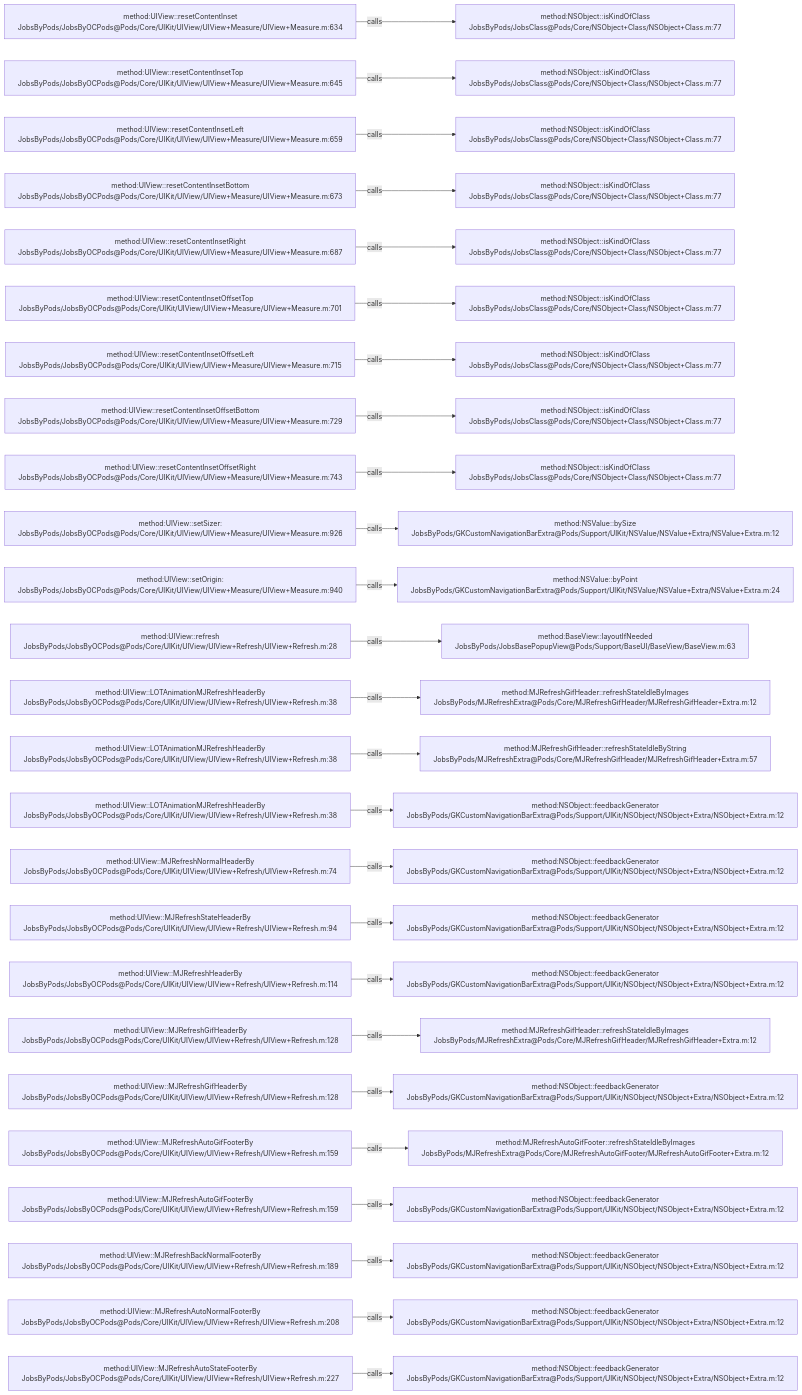
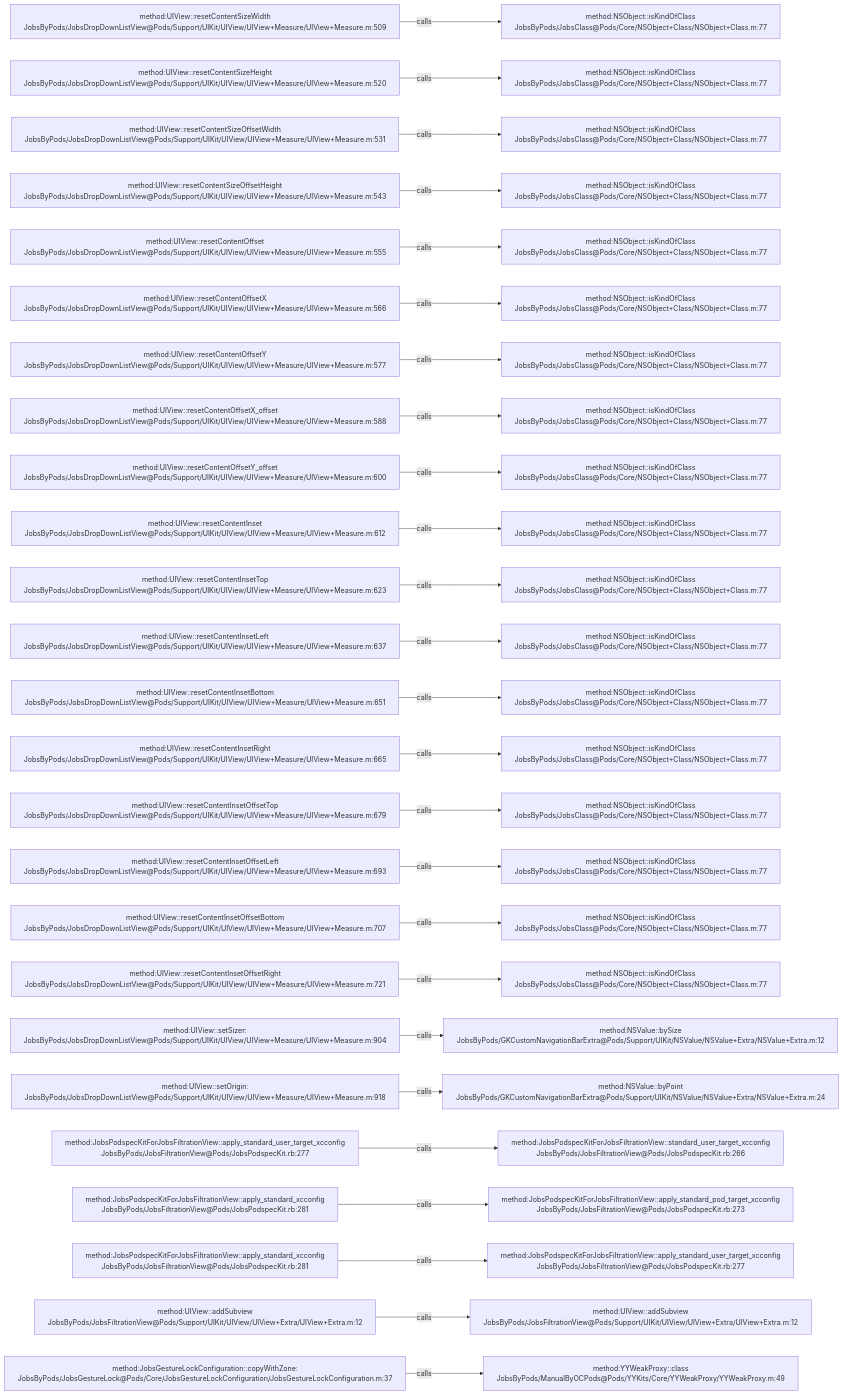
One commit to JobsKits/JobsOCBaseConfigDemo changed the diagram in .codegraph/codegraph.md/graphs/calls-066.md. Above: the diagram before and after it, drawn with Mermaid. The commit also changed 573 other files, not shown here.

````diff
--- a/.codegraph/codegraph.md/graphs/calls-066.md
+++ b/.codegraph/codegraph.md/graphs/calls-066.md
@@ -13,78 +13,78 @@
 ```mermaid
 flowchart LR
-  S1["method:UIView::resetContentInset<br/>JobsByPods/JobsByOCPods@Pods/Core/UIKit/UIView/UIView+Measure/UIView+Measure.m:634"]
+  S1["method:UIView::resetContentSizeWidth<br/>JobsByPods/JobsDropDownListView@Pods/Support/UIKit/UIView/UIView+Measure/UIView+Measure.m:509"]
   T1["method:NSObject::isKindOfClass<br/>JobsByPods/JobsClass@Pods/Core/NSObject+Class/NSObject+Class.m:77"]
   S1 -->|calls| T1
-  S2["method:UIView::resetContentInsetTop<br/>JobsByPods/JobsByOCPods@Pods/Core/UIKit/UIView/UIView+Measure/UIView+Measure.m:645"]
+  S2["method:UIView::resetContentSizeHeight<br/>JobsByPods/JobsDropDownListView@Pods/Support/UIKit/UIView/UIView+Measure/UIView+Measure.m:520"]
   T2["method:NSObject::isKindOfClass<br/>JobsByPods/JobsClass@Pods/Core/NSObject+Class/NSObject+Class.m:77"]
   S2 -->|calls| T2
-  S3["method:UIView::resetContentInsetLeft<br/>JobsByPods/JobsByOCPods@Pods/Core/UIKit/UIView/UIView+Measure/UIView+Measure.m:659"]
+  S3["method:UIView::resetContentSizeOffsetWidth<br/>JobsByPods/JobsDropDownListView@Pods/Support/UIKit/UIView/UIView+Measure/UIView+Measure.m:531"]
   T3["method:NSObject::isKindOfClass<br/>JobsByPods/JobsClass@Pods/Core/NSObject+Class/NSObject+Class.m:77"]
   S3 -->|calls| T3
-  S4["method:UIView::resetContentInsetBottom<br/>JobsByPods/JobsByOCPods@Pods/Core/UIKit/UIView/UIView+Measure/UIView+Measure.m:673"]
+  S4["method:UIView::resetContentSizeOffsetHeight<br/>JobsByPods/JobsDropDownListView@Pods/Support/UIKit/UIView/UIView+Measure/UIView+Measure.m:543"]
   T4["method:NSObject::isKindOfClass<br/>JobsByPods/JobsClass@Pods/Core/NSObject+Class/NSObject+Class.m:77"]
   S4 -->|calls| T4
-  S5["method:UIView::resetContentInsetRight<br/>JobsByPods/JobsByOCPods@Pods/Core/UIKit/UIView/UIView+Measure/UIView+Measure.m:687"]
+  S5["method:UIView::resetContentOffset<br/>JobsByPods/JobsDropDownListView@Pods/Support/UIKit/UIView/UIView+Measure/UIView+Measure.m:555"]
   T5["method:NSObject::isKindOfClass<br/>JobsByPods/JobsClass@Pods/Core/NSObject+Class/NSObject+Class.m:77"]
   S5 -->|calls| T5
-  S6["method:UIView::resetContentInsetOffsetTop<br/>JobsByPods/JobsByOCPods@Pods/Core/UIKit/UIView/UIView+Measure/UIView+Measure.m:701"]
+  S6["method:UIView::resetContentOffsetX<br/>JobsByPods/JobsDropDownListView@Pods/Support/UIKit/UIView/UIView+Measure/UIView+Measure.m:566"]
   T6["method:NSObject::isKindOfClass<br/>JobsByPods/JobsClass@Pods/Core/NSObject+Class/NSObject+Class.m:77"]
   S6 -->|calls| T6
-  S7["method:UIView::resetContentInsetOffsetLeft<br/>JobsByPods/JobsByOCPods@Pods/Core/UIKit/UIView/UIView+Measure/UIView+Measure.m:715"]
+  S7["method:UIView::resetContentOffsetY<br/>JobsByPods/JobsDropDownListView@Pods/Support/UIKit/UIView/UIView+Measure/UIView+Measure.m:577"]
   T7["method:NSObject::isKindOfClass<br/>JobsByPods/JobsClass@Pods/Core/NSObject+Class/NSObject+Class.m:77"]
   S7 -->|calls| T7
-  S8["method:UIView::resetContentInsetOffsetBottom<br/>JobsByPods/JobsByOCPods@Pods/Core/UIKit/UIView/UIView+Measure/UIView+Measure.m:729"]
+  S8["method:UIView::resetContentOffsetX_offset<br/>JobsByPods/JobsDropDownListView@Pods/Support/UIKit/UIView/UIView+Measure/UIView+Measure.m:588"]
   T8["method:NSObject::isKindOfClass<br/>JobsByPods/JobsClass@Pods/Core/NSObject+Class/NSObject+Class.m:77"]
   S8 -->|calls| T8
-  S9["method:UIView::resetContentInsetOffsetRight<br/>JobsByPods/JobsByOCPods@Pods/Core/UIKit/UIView/UIView+Measure/UIView+Measure.m:743"]
+  S9["method:UIView::resetContentOffsetY_offset<br/>JobsByPods/JobsDropDownListView@Pods/Support/UIKit/UIView/UIView+Measure/UIView+Measure.m:600"]
   T9["method:NSObject::isKindOfClass<br/>JobsByPods/JobsClass@Pods/Core/NSObject+Class/NSObject+Class.m:77"]
   S9 -->|calls| T9
-  S10["method:UIView::setSizer:<br/>JobsByPods/JobsByOCPods@Pods/Core/UIKit/UIView/UIView+Measure/UIView+Measure.m:926"]
-  T10["method:NSValue::bySize<br/>JobsByPods/GKCustomNavigationBarExtra@Pods/Support/UIKit/NSValue/NSValue+Extra/NSValue+Extra.m:12"]
+  S10["method:UIView::resetContentInset<br/>JobsByPods/JobsDropDownListView@Pods/Support/UIKit/UIView/UIView+Measure/UIView+Measure.m:612"]
+  T10["method:NSObject::isKindOfClass<br/>JobsByPods/JobsClass@Pods/Core/NSObject+Class/NSObject+Class.m:77"]
   S10 -->|calls| T10
-  S11["method:UIView::setOrigin:<br/>JobsByPods/JobsByOCPods@Pods/Core/UIKit/UIView/UIView+Measure/UIView+Measure.m:940"]
-  T11["method:NSValue::byPoint<br/>JobsByPods/GKCustomNavigationBarExtra@Pods/Support/UIKit/NSValue/NSValue+Extra/NSValue+Extra.m:24"]
+  S11["method:UIView::resetContentInsetTop<br/>JobsByPods/JobsDropDownListView@Pods/Support/UIKit/UIView/UIView+Measure/UIView+Measure.m:623"]
+  T11["method:NSObject::isKindOfClass<br/>JobsByPods/JobsClass@Pods/Core/NSObject+Class/NSObject+Class.m:77"]
   S11 -->|calls| T11
-  S12["method:UIView::refresh<br/>JobsByPods/JobsByOCPods@Pods/Core/UIKit/UIView/UIView+Refresh/UIView+Refresh.m:28"]
-  T12["method:BaseView::layoutIfNeeded<br/>JobsByPods/JobsBasePopupView@Pods/Support/BaseUI/BaseView/BaseView.m:63"]
+  S12["method:UIView::resetContentInsetLeft<br/>JobsByPods/JobsDropDownListView@Pods/Support/UIKit/UIView/UIView+Measure/UIView+Measure.m:637"]
+  T12["method:NSObject::isKindOfClass<br/>JobsByPods/JobsClass@Pods/Core/NSObject+Class/NSObject+Class.m:77"]
   S12 -->|calls| T12
-  S13["method:UIView::LOTAnimationMJRefreshHeaderBy<br/>JobsByPods/JobsByOCPods@Pods/Core/UIKit/UIView/UIView+Refresh/UIView+Refresh.m:38"]
-  T13["method:MJRefreshGifHeader::refreshStateIdleByImages<br/>JobsByPods/MJRefreshExtra@Pods/Core/MJRefreshGifHeader/MJRefreshGifHeader+Extra.m:12"]
+  S13["method:UIView::resetContentInsetBottom<br/>JobsByPods/JobsDropDownListView@Pods/Support/UIKit/UIView/UIView+Measure/UIView+Measure.m:651"]
+  T13["method:NSObject::isKindOfClass<br/>JobsByPods/JobsClass@Pods/Core/NSObject+Class/NSObject+Class.m:77"]
   S13 -->|calls| T13
-  S14["method:UIView::LOTAnimationMJRefreshHeaderBy<br/>JobsByPods/JobsByOCPods@Pods/Core/UIKit/UIView/UIView+Refresh/UIView+Refresh.m:38"]
-  T14["method:MJRefreshGifHeader::refreshStateIdleByString<br/>JobsByPods/MJRefreshExtra@Pods/Core/MJRefreshGifHeader/MJRefreshGifHeader+Extra.m:57"]
+  S14["method:UIView::resetContentInsetRight<br/>JobsByPods/JobsDropDownListView@Pods/Support/UIKit/UIView/UIView+Measure/UIView+Measure.m:665"]
+  T14["method:NSObject::isKindOfClass<br/>JobsByPods/JobsClass@Pods/Core/NSObject+Class/NSObject+Class.m:77"]
   S14 -->|calls| T14
-  S15["method:UIView::LOTAnimationMJRefreshHeaderBy<br/>JobsByPods/JobsByOCPods@Pods/Core/UIKit/UIView/UIView+Refresh/UIView+Refresh.m:38"]
-  T15["method:NSObject::feedbackGenerator<br/>JobsByPods/GKCustomNavigationBarExtra@Pods/Support/UIKit/NSObject/NSObject+Extra/NSObject+Extra.m:12"]
+  S15["method:UIView::resetContentInsetOffsetTop<br/>JobsByPods/JobsDropDownListView@Pods/Support/UIKit/UIView/UIView+Measure/UIView+Measure.m:679"]
+  T15["method:NSObject::isKindOfClass<br/>JobsByPods/JobsClass@Pods/Core/NSObject+Class/NSObject+Class.m:77"]
   S15 -->|calls| T15
-  S16["method:UIView::MJRefreshNormalHeaderBy<br/>JobsByPods/JobsByOCPods@Pods/Core/UIKit/UIView/UIView+Refresh/UIView+Refresh.m:74"]
-  T16["method:NSObject::feedbackGenerator<br/>JobsByPods/GKCustomNavigationBarExtra@Pods/Support/UIKit/NSObject/NSObject+Extra/NSObject+Extra.m:12"]
+  S16["method:UIView::resetContentInsetOffsetLeft<br/>JobsByPods/JobsDropDownListView@Pods/Support/UIKit/UIView/UIView+Measure/UIView+Measure.m:693"]
+  T16["method:NSObject::isKindOfClass<br/>JobsByPods/JobsClass@Pods/Core/NSObject+Class/NSObject+Class.m:77"]
   S16 -->|calls| T16
-  S17["method:UIView::MJRefreshStateHeaderBy<br/>JobsByPods/JobsByOCPods@Pods/Core/UIKit/UIView/UIView+Refresh/UIView+Refresh.m:94"]
-  T17["method:NSObject::feedbackGenerator<br/>JobsByPods/GKCustomNavigationBarExtra@Pods/Support/UIKit/NSObject/NSObject+Extra/NSObject+Extra.m:12"]
+  S17["method:UIView::resetContentInsetOffsetBottom<br/>JobsByPods/JobsDropDownListView@Pods/Support/UIKit/UIView/UIView+Measure/UIView+Measure.m:707"]
+  T17["method:NSObject::isKindOfClass<br/>JobsByPods/JobsClass@Pods/Core/NSObject+Class/NSObject+Class.m:77"]
   S17 -->|calls| T17
-  S18["method:UIView::MJRefreshHeaderBy<br/>JobsByPods/JobsByOCPods@Pods/Core/UIKit/UIView/UIView+Refresh/UIView+Refresh.m:114"]
-  T18["method:NSObject::feedbackGenerator<br/>JobsByPods/GKCustomNavigationBarExtra@Pods/Support/UIKit/NSObject/NSObject+Extra/NSObject+Extra.m:12"]
+  S18["method:UIView::resetContentInsetOffsetRight<br/>JobsByPods/JobsDropDownListView@Pods/Support/UIKit/UIView/UIView+Measure/UIView+Measure.m:721"]
+  T18["method:NSObject::isKindOfClass<br/>JobsByPods/JobsClass@Pods/Core/NSObject+Class/NSObject+Class.m:77"]
   S18 -->|calls| T18
-  S19["method:UIView::MJRefreshGifHeaderBy<br/>JobsByPods/JobsByOCPods@Pods/Core/UIKit/UIView/UIView+Refresh/UIView+Refresh.m:128"]
-  T19["method:MJRefreshGifHeader::refreshStateIdleByImages<br/>JobsByPods/MJRefreshExtra@Pods/Core/MJRefreshGifHeader/MJRefreshGifHeader+Extra.m:12"]
+  S19["method:UIView::setSizer:<br/>JobsByPods/JobsDropDownListView@Pods/Support/UIKit/UIView/UIView+Measure/UIView+Measure.m:904"]
+  T19["method:NSValue::bySize<br/>JobsByPods/GKCustomNavigationBarExtra@Pods/Support/UIKit/NSValue/NSValue+Extra/NSValue+Extra.m:12"]
   S19 -->|calls| T19
-  S20["method:UIView::MJRefreshGifHeaderBy<br/>JobsByPods/JobsByOCPods@Pods/Core/UIKit/UIView/UIView+Refresh/UIView+Refresh.m:128"]
-  T20["method:NSObject::feedbackGenerator<br/>JobsByPods/GKCustomNavigationBarExtra@Pods/Support/UIKit/NSObject/NSObject+Extra/NSObject+Extra.m:12"]
+  S20["method:UIView::setOrigin:<br/>JobsByPods/JobsDropDownListView@Pods/Support/UIKit/UIView/UIView+Measure/UIView+Measure.m:918"]
+  T20["method:NSValue::byPoint<br/>JobsByPods/GKCustomNavigationBarExtra@Pods/Support/UIKit/NSValue/NSValue+Extra/NSValue+Extra.m:24"]
   S20 -->|calls| T20
-  S21["method:UIView::MJRefreshAutoGifFooterBy<br/>JobsByPods/JobsByOCPods@Pods/Core/UIKit/UIView/UIView+Refresh/UIView+Refresh.m:159"]
-  T21["method:MJRefreshAutoGifFooter::refreshStateIdleByImages<br/>JobsByPods/MJRefreshExtra@Pods/Core/MJRefreshAutoGifFooter/MJRefreshAutoGifFooter+Extra.m:12"]
+  S21["method:JobsPodspecKitForJobsFiltrationView::apply_standard_user_target_xcconfig<br/>JobsByPods/JobsFiltrationView@Pods/JobsPodspecKit.rb:277"]
+  T21["method:JobsPodspecKitForJobsFiltrationView::standard_user_target_xcconfig<br/>JobsByPods/JobsFiltrationView@Pods/JobsPodspecKit.rb:266"]
   S21 -->|calls| T21
-  S22["method:UIView::MJRefreshAutoGifFooterBy<br/>JobsByPods/JobsByOCPods@Pods/Core/UIKit/UIView/UIView+Refresh/UIView+Refresh.m:159"]
-  T22["method:NSObject::feedbackGenerator<br/>JobsByPods/GKCustomNavigationBarExtra@Pods/Support/UIKit/NSObject/NSObject+Extra/NSObject+Extra.m:12"]
+  S22["method:JobsPodspecKitForJobsFiltrationView::apply_standard_xcconfig<br/>JobsByPods/JobsFiltrationView@Pods/JobsPodspecKit.rb:281"]
+  T22["method:JobsPodspecKitForJobsFiltrationView::apply_standard_pod_target_xcconfig<br/>JobsByPods/JobsFiltrationView@Pods/JobsPodspecKit.rb:273"]
   S22 -->|calls| T22
-  S23["method:UIView::MJRefreshBackNormalFooterBy<br/>JobsByPods/JobsByOCPods@Pods/Core/UIKit/UIView/UIView+Refresh/UIView+Refresh.m:189"]
-  T23["method:NSObject::feedbackGenerator<br/>JobsByPods/GKCustomNavigationBarExtra@Pods/Support/UIKit/NSObject/NSObject+Extra/NSObject+Extra.m:12"]
+  S23["method:JobsPodspecKitForJobsFiltrationView::apply_standard_xcconfig<br/>JobsByPods/JobsFiltrationView@Pods/JobsPodspecKit.rb:281"]
+  T23["method:JobsPodspecKitForJobsFiltrationView::apply_standard_user_target_xcconfig<br/>JobsByPods/JobsFiltrationView@Pods/JobsPodspecKit.rb:277"]
   S23 -->|calls| T23
-  S24["method:UIView::MJRefreshAutoNormalFooterBy<br/>JobsByPods/JobsByOCPods@Pods/Core/UIKit/UIView/UIView+Refresh/UIView+Refresh.m:208"]
-  T24["method:NSObject::feedbackGenerator<br/>JobsByPods/GKCustomNavigationBarExtra@Pods/Support/UIKit/NSObject/NSObject+Extra/NSObject+Extra.m:12"]
+  S24["method:UIView::addSubview<br/>JobsByPods/JobsFiltrationView@Pods/Support/UIKit/UIView/UIView+Extra/UIView+Extra.m:12"]
+  T24["method:UIView::addSubview<br/>JobsByPods/JobsFiltrationView@Pods/Support/UIKit/UIView/UIView+Extra/UIView+Extra.m:12"]
   S24 -->|calls| T24
-  S25["method:UIView::MJRefreshAutoStateFooterBy<br/>JobsByPods/JobsByOCPods@Pods/Core/UIKit/UIView/UIView+Refresh/UIView+Refresh.m:227"]
-  T25["method:NSObject::feedbackGenerator<br/>JobsByPods/GKCustomNavigationBarExtra@Pods/Support/UIKit/NSObject/NSObject+Extra/NSObject+Extra.m:12"]
+  S25["method:JobsGestureLockConfiguration::copyWithZone:<br/>JobsByPods/JobsGestureLock@Pods/Core/JobsGestureLockConfiguration/JobsGestureLockConfiguration.m:37"]
+  T25["method:YYWeakProxy::class<br/>JobsByPods/ManualByOCPods@Pods/YYKits/Core/YYWeakProxy/YYWeakProxy.m:49"]
   S25 -->|calls| T25
 ```
````
